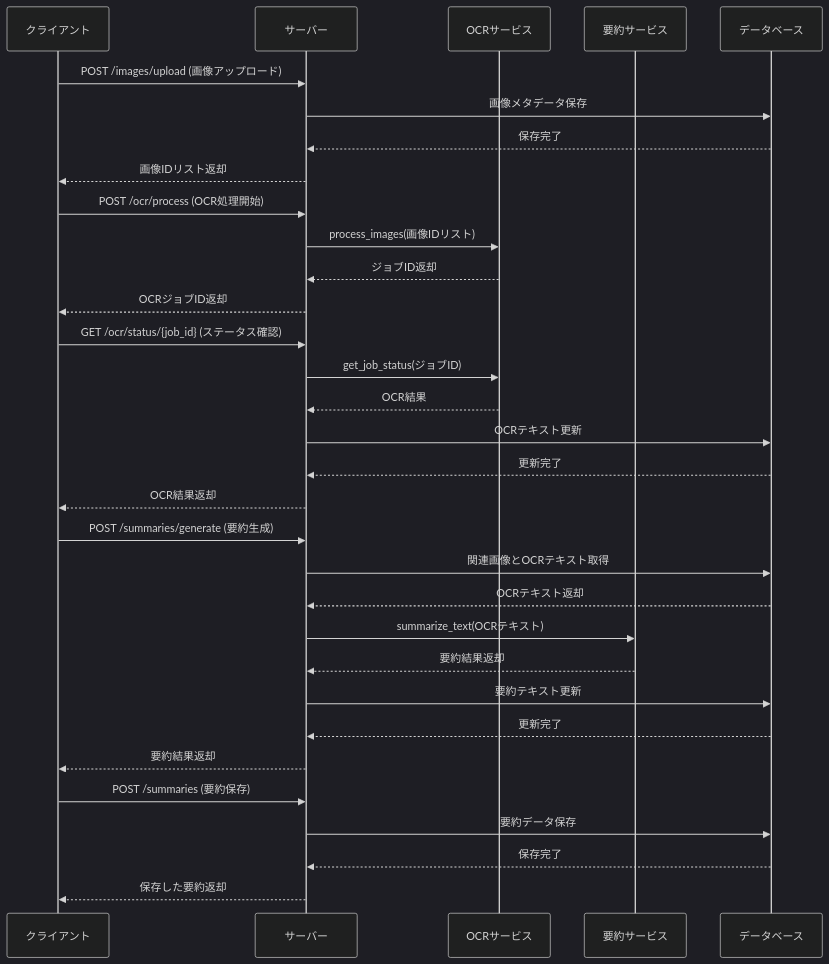
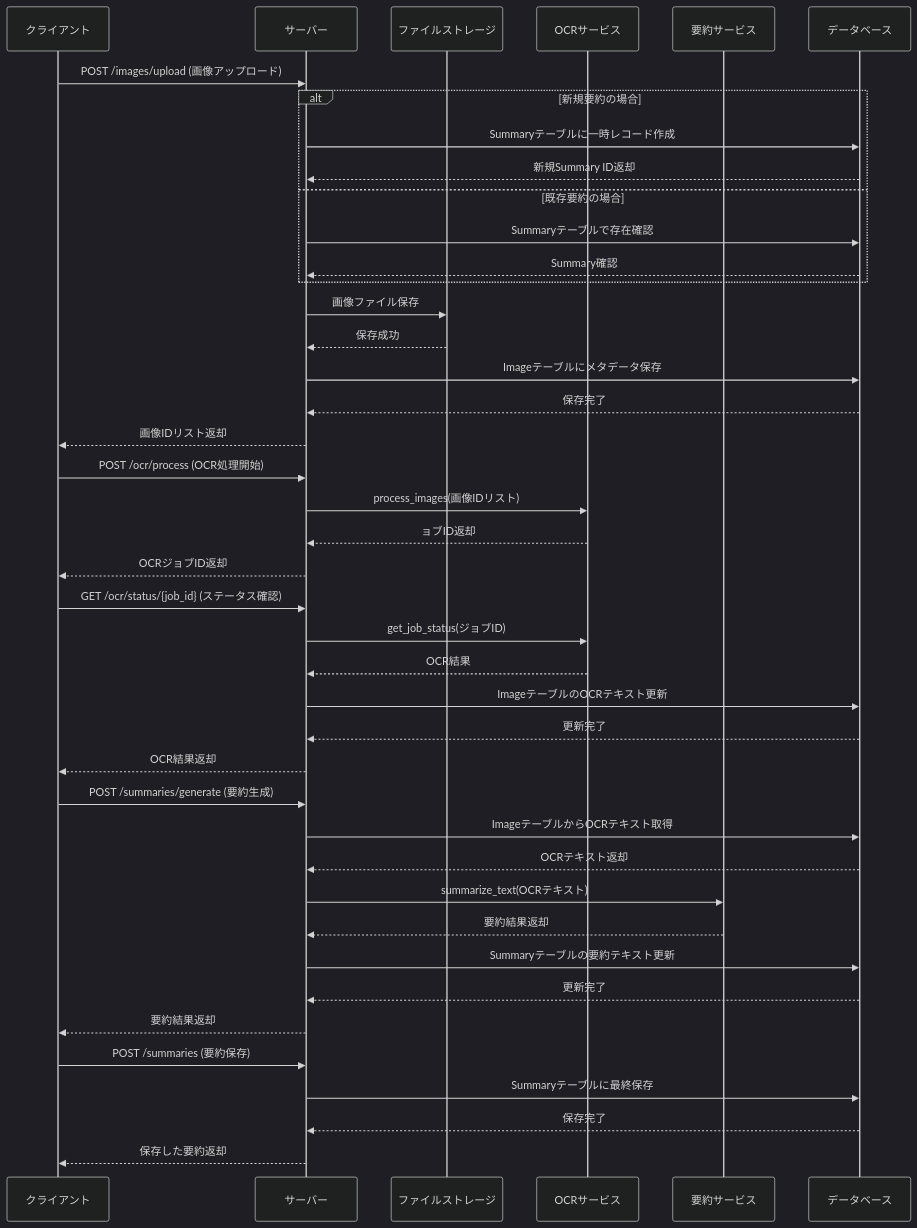
Before and after one commit to chikugoy/text_summarizer: the diagram in doc/flow/image_upload_to_summary/flow.md, drawn with Mermaid (dark theme).

Commit message:
feat: 画像アップロードから要約生成までのフローを改善し、データベース操作の詳細を明確化

````diff
--- a/doc/flow/image_upload_to_summary/flow.md
+++ b/doc/flow/image_upload_to_summary/flow.md
@@ -1,39 +1,49 @@
 ```mermaid
 sequenceDiagram
     participant Client as クライアント
     participant Server as サーバー
+    participant Storage as ファイルストレージ
     participant OCRService as OCRサービス
     participant SummaryService as 要約サービス
     participant DB as データベース
 
     Client->>Server: POST /images/upload (画像アップロード)
-    Server->>DB: 画像メタデータ保存
+    alt 新規要約の場合
+        Server->>DB: Summaryテーブルに一時レコード作成
+        DB-->>Server: 新規Summary ID返却
+    else 既存要約の場合
+        Server->>DB: Summaryテーブルで存在確認
+        DB-->>Server: Summary確認
+    end
+    Server->>Storage: 画像ファイル保存
+    Storage-->>Server: 保存成功
+    Server->>DB: Imageテーブルにメタデータ保存
     DB-->>Server: 保存完了
     Server-->>Client: 画像IDリスト返却
 
     Client->>Server: POST /ocr/process (OCR処理開始)
     Server->>OCRService: process_images(画像IDリスト)
-    OCRService-->>Server: ジョブID返却
+    OCRService-->>Server: ョブID返却
     Server-->>Client: OCRジョブID返却
 
     Client->>Server: GET /ocr/status/{job_id} (ステータス確認)
     Server->>OCRService: get_job_status(ジョブID)
     OCRService-->>Server: OCR結果
-    Server->>DB: OCRテキスト更新
+    Server->>DB: ImageテーブルのOCRテキスト更新
     DB-->>Server: 更新完了
     Server-->>Client: OCR結果返却
 
     Client->>Server: POST /summaries/generate (要約生成)
-    Server->>DB: 関連画像とOCRテキスト取得
+    Server->>DB: ImageテーブルからOCRテキスト取得
     DB-->>Server: OCRテキスト返却
     Server->>SummaryService: summarize_text(OCRテキスト)
     SummaryService-->>Server: 要約結果返却
-    Server->>DB: 要約テキスト更新
+    Server->>DB: Summaryテーブルの要約テキスト更新
     DB-->>Server: 更新完了
     Server-->>Client: 要約結果返却
 
     Client->>Server: POST /summaries (要約保存)
-    Server->>DB: 要約データ保存
+    Server->>DB: Summaryテーブルに最終保存
     DB-->>Server: 保存完了
     Server-->>Client: 保存した要約返却
 ```
````
